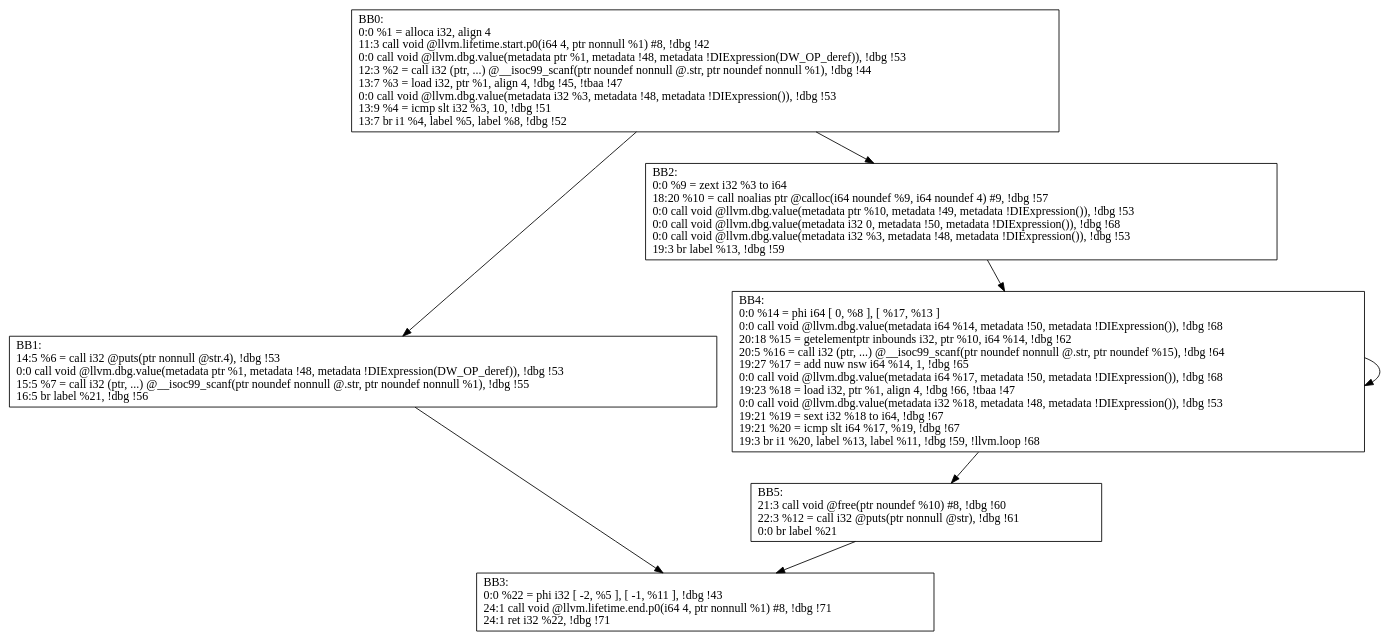
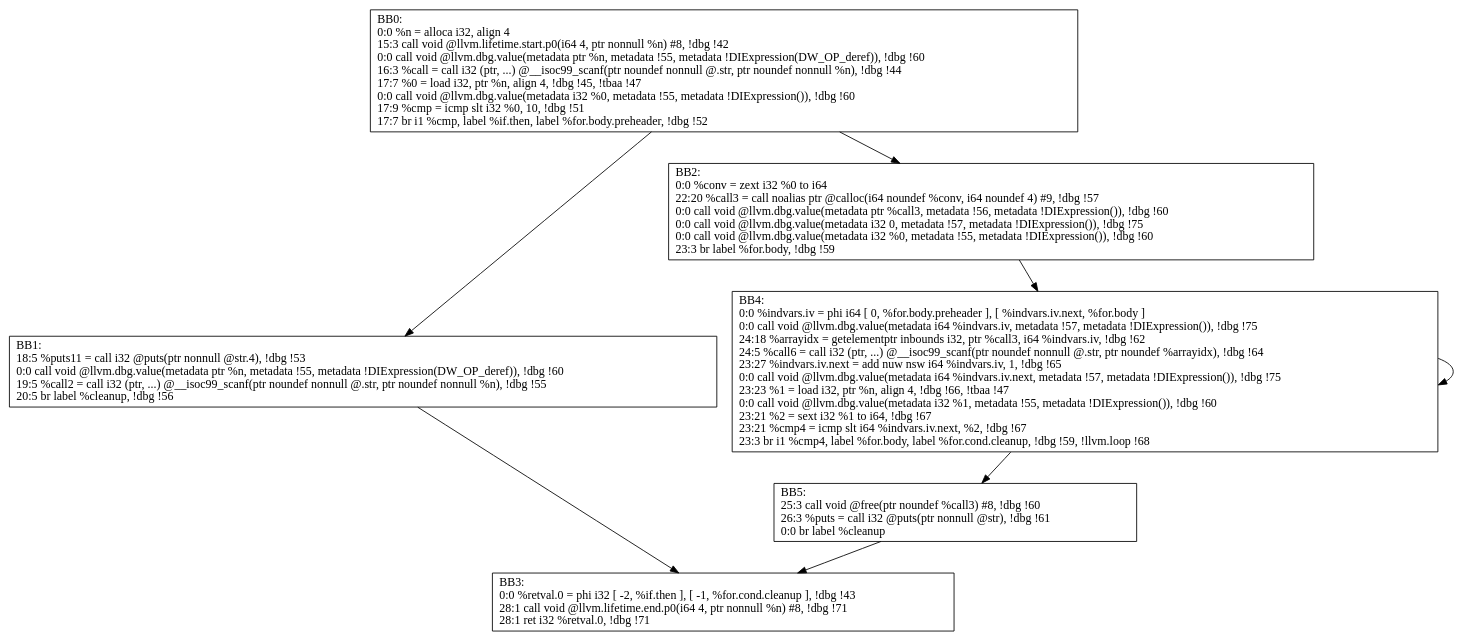
Before and after one commit to M-ouse/FinalDesign: the diagram in output/demo.ll_usep_CFG.dot, drawn with Graphviz. The commit also changed 12 other files, not shown here.

```diff
--- a/output/demo.ll_usep_CFG.dot
+++ b/output/demo.ll_usep_CFG.dot
@@ -1,15 +1,15 @@
 digraph "CFG for'usep' function" {
 	BB0-> BB1;
 	BB0-> BB2;
 	BB1-> BB3;
 	BB2-> BB4;
 	BB4-> BB4;
 	BB4-> BB5;
 	BB5-> BB3;
-	BB0 [shape=record, label="{BB0:\l0:0   %1 = alloca i32, align 4\l 11:3   call void @llvm.lifetime.start.p0(i64 4, ptr nonnull %1) #8, !dbg !42\l 0:0   call void @llvm.dbg.value(metadata ptr %1, metadata !48, metadata !DIExpression(DW_OP_deref)), !dbg !53\l 12:3   %2 = call i32 (ptr, ...) @__isoc99_scanf(ptr noundef nonnull @.str, ptr noundef nonnull %1), !dbg !44\l 13:7   %3 = load i32, ptr %1, align 4, !dbg !45, !tbaa !47\l 0:0   call void @llvm.dbg.value(metadata i32 %3, metadata !48, metadata !DIExpression()), !dbg !53\l 13:9   %4 = icmp slt i32 %3, 10, !dbg !51\l 13:7   br i1 %4, label %5, label %8, !dbg !52\l }"];
-	BB1 [shape=record, label="{BB1:\l14:5   %6 = call i32 @puts(ptr nonnull @str.4), !dbg !53\l 0:0   call void @llvm.dbg.value(metadata ptr %1, metadata !48, metadata !DIExpression(DW_OP_deref)), !dbg !53\l 15:5   %7 = call i32 (ptr, ...) @__isoc99_scanf(ptr noundef nonnull @.str, ptr noundef nonnull %1), !dbg !55\l 16:5   br label %21, !dbg !56\l }"];
-	BB2 [shape=record, label="{BB2:\l0:0   %9 = zext i32 %3 to i64\l 18:20   %10 = call noalias ptr @calloc(i64 noundef %9, i64 noundef 4) #9, !dbg !57\l 0:0   call void @llvm.dbg.value(metadata ptr %10, metadata !49, metadata !DIExpression()), !dbg !53\l 0:0   call void @llvm.dbg.value(metadata i32 0, metadata !50, metadata !DIExpression()), !dbg !68\l 0:0   call void @llvm.dbg.value(metadata i32 %3, metadata !48, metadata !DIExpression()), !dbg !53\l 19:3   br label %13, !dbg !59\l }"];
-	BB3 [shape=record, label="{BB3:\l0:0   %22 = phi i32 [ -2, %5 ], [ -1, %11 ], !dbg !43\l 24:1   call void @llvm.lifetime.end.p0(i64 4, ptr nonnull %1) #8, !dbg !71\l 24:1   ret i32 %22, !dbg !71\l }"];
-	BB4 [shape=record, label="{BB4:\l0:0   %14 = phi i64 [ 0, %8 ], [ %17, %13 ]\l 0:0   call void @llvm.dbg.value(metadata i64 %14, metadata !50, metadata !DIExpression()), !dbg !68\l 20:18   %15 = getelementptr inbounds i32, ptr %10, i64 %14, !dbg !62\l 20:5   %16 = call i32 (ptr, ...) @__isoc99_scanf(ptr noundef nonnull @.str, ptr noundef %15), !dbg !64\l 19:27   %17 = add nuw nsw i64 %14, 1, !dbg !65\l 0:0   call void @llvm.dbg.value(metadata i64 %17, metadata !50, metadata !DIExpression()), !dbg !68\l 19:23   %18 = load i32, ptr %1, align 4, !dbg !66, !tbaa !47\l 0:0   call void @llvm.dbg.value(metadata i32 %18, metadata !48, metadata !DIExpression()), !dbg !53\l 19:21   %19 = sext i32 %18 to i64, !dbg !67\l 19:21   %20 = icmp slt i64 %17, %19, !dbg !67\l 19:3   br i1 %20, label %13, label %11, !dbg !59, !llvm.loop !68\l }"];
-	BB5 [shape=record, label="{BB5:\l21:3   call void @free(ptr noundef %10) #8, !dbg !60\l 22:3   %12 = call i32 @puts(ptr nonnull @str), !dbg !61\l 0:0   br label %21\l }"];
+	BB0 [shape=record, label="{BB0:\l0:0   %n = alloca i32, align 4\l 15:3   call void @llvm.lifetime.start.p0(i64 4, ptr nonnull %n) #8, !dbg !42\l 0:0   call void @llvm.dbg.value(metadata ptr %n, metadata !55, metadata !DIExpression(DW_OP_deref)), !dbg !60\l 16:3   %call = call i32 (ptr, ...) @__isoc99_scanf(ptr noundef nonnull @.str, ptr noundef nonnull %n), !dbg !44\l 17:7   %0 = load i32, ptr %n, align 4, !dbg !45, !tbaa !47\l 0:0   call void @llvm.dbg.value(metadata i32 %0, metadata !55, metadata !DIExpression()), !dbg !60\l 17:9   %cmp = icmp slt i32 %0, 10, !dbg !51\l 17:7   br i1 %cmp, label %if.then, label %for.body.preheader, !dbg !52\l }"];
+	BB1 [shape=record, label="{BB1:\l18:5   %puts11 = call i32 @puts(ptr nonnull @str.4), !dbg !53\l 0:0   call void @llvm.dbg.value(metadata ptr %n, metadata !55, metadata !DIExpression(DW_OP_deref)), !dbg !60\l 19:5   %call2 = call i32 (ptr, ...) @__isoc99_scanf(ptr noundef nonnull @.str, ptr noundef nonnull %n), !dbg !55\l 20:5   br label %cleanup, !dbg !56\l }"];
+	BB2 [shape=record, label="{BB2:\l0:0   %conv = zext i32 %0 to i64\l 22:20   %call3 = call noalias ptr @calloc(i64 noundef %conv, i64 noundef 4) #9, !dbg !57\l 0:0   call void @llvm.dbg.value(metadata ptr %call3, metadata !56, metadata !DIExpression()), !dbg !60\l 0:0   call void @llvm.dbg.value(metadata i32 0, metadata !57, metadata !DIExpression()), !dbg !75\l 0:0   call void @llvm.dbg.value(metadata i32 %0, metadata !55, metadata !DIExpression()), !dbg !60\l 23:3   br label %for.body, !dbg !59\l }"];
+	BB3 [shape=record, label="{BB3:\l0:0   %retval.0 = phi i32 [ -2, %if.then ], [ -1, %for.cond.cleanup ], !dbg !43\l 28:1   call void @llvm.lifetime.end.p0(i64 4, ptr nonnull %n) #8, !dbg !71\l 28:1   ret i32 %retval.0, !dbg !71\l }"];
+	BB4 [shape=record, label="{BB4:\l0:0   %indvars.iv = phi i64 [ 0, %for.body.preheader ], [ %indvars.iv.next, %for.body ]\l 0:0   call void @llvm.dbg.value(metadata i64 %indvars.iv, metadata !57, metadata !DIExpression()), !dbg !75\l 24:18   %arrayidx = getelementptr inbounds i32, ptr %call3, i64 %indvars.iv, !dbg !62\l 24:5   %call6 = call i32 (ptr, ...) @__isoc99_scanf(ptr noundef nonnull @.str, ptr noundef %arrayidx), !dbg !64\l 23:27   %indvars.iv.next = add nuw nsw i64 %indvars.iv, 1, !dbg !65\l 0:0   call void @llvm.dbg.value(metadata i64 %indvars.iv.next, metadata !57, metadata !DIExpression()), !dbg !75\l 23:23   %1 = load i32, ptr %n, align 4, !dbg !66, !tbaa !47\l 0:0   call void @llvm.dbg.value(metadata i32 %1, metadata !55, metadata !DIExpression()), !dbg !60\l 23:21   %2 = sext i32 %1 to i64, !dbg !67\l 23:21   %cmp4 = icmp slt i64 %indvars.iv.next, %2, !dbg !67\l 23:3   br i1 %cmp4, label %for.body, label %for.cond.cleanup, !dbg !59, !llvm.loop !68\l }"];
+	BB5 [shape=record, label="{BB5:\l25:3   call void @free(ptr noundef %call3) #8, !dbg !60\l 26:3   %puts = call i32 @puts(ptr nonnull @str), !dbg !61\l 0:0   br label %cleanup\l }"];
 }
```
